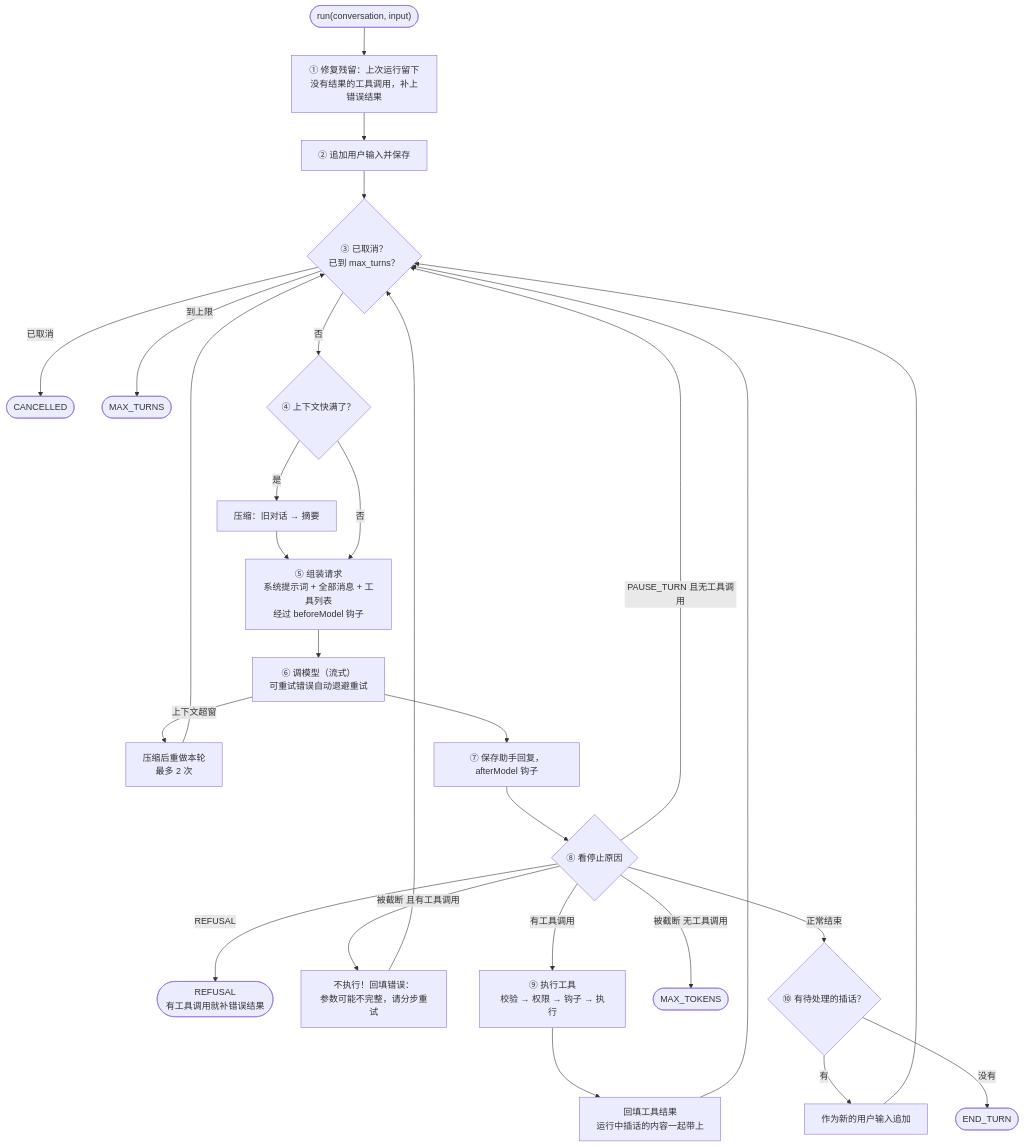
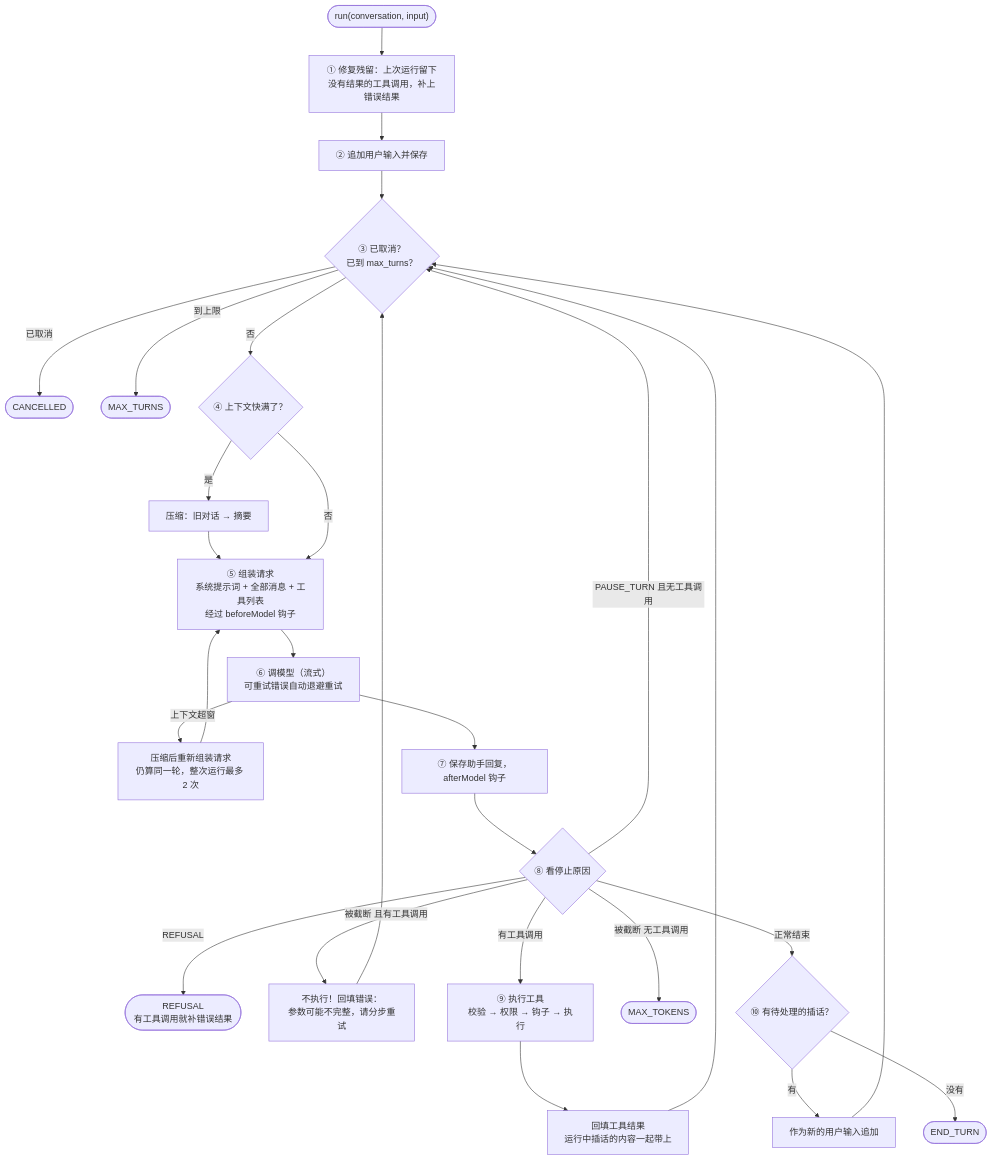
One commit to stackJx/agent-java changed the second of 5 diagrams in docs/02-agent-loop.md. Above: the diagram before and after it, drawn with Mermaid. The commit also changed other lines of this file and 81 other files, not shown here.

````diff
--- a/docs/02-agent-loop.md
+++ b/docs/02-agent-loop.md
@@ -64,24 +64,24 @@
 ```mermaid
 flowchart TD
     start(["run(conversation, input)"]) --> s1["① 修复残留：上次运行留下没有结果的工具调用，补上错误结果"]
     s1 --> s2["② 追加用户输入并保存"]
     s2 --> s3{"③ 已取消？<br/>已到 max_turns？"}
     s3 -- 已取消 --> cancelled(["CANCELLED"])
     s3 -- 到上限 --> maxturns(["MAX_TURNS"])
     s3 -- 否 --> s4{"④ 上下文快满了？"}
     s4 -- 是 --> compact["压缩：旧对话 → 摘要"] --> s5
     s4 -- 否 --> s5["⑤ 组装请求<br/>系统提示词 + 全部消息 + 工具列表<br/>经过 beforeModel 钩子"]
     s5 --> s6["⑥ 调模型（流式）<br/>可重试错误自动退避重试"]
-    s6 -- 上下文超窗 --> overflow["压缩后重做本轮<br/>最多 2 次"] --> s3
+    s6 -- 上下文超窗 --> overflow["压缩后重新组装请求<br/>仍算同一轮，整次运行最多 2 次"] --> s5
     s6 --> s7["⑦ 保存助手回复，afterModel 钩子"]
     s7 --> s8{"⑧ 看停止原因"}
     s8 -- "PAUSE_TURN 且无工具调用" --> s3
     s8 -- REFUSAL --> refusal(["REFUSAL<br/>有工具调用就补错误结果"])
     s8 -- "被截断 且有工具调用" --> trunc["不执行！回填错误：<br/>参数可能不完整，请分步重试"] --> s3
     s8 -- 有工具调用 --> s9["⑨ 执行工具<br/>校验 → 权限 → 钩子 → 执行"]
     s9 --> s9b["回填工具结果<br/>运行中插话的内容一起带上"] --> s3
     s8 -- "被截断 无工具调用" --> maxtok(["MAX_TOKENS"])
     s8 -- 正常结束 --> s10{"⑩ 有待处理的插话？"}
     s10 -- 有 --> s10b["作为新的用户输入追加"] --> s3
     s10 -- 没有 --> done(["END_TURN"])
 ```
````
